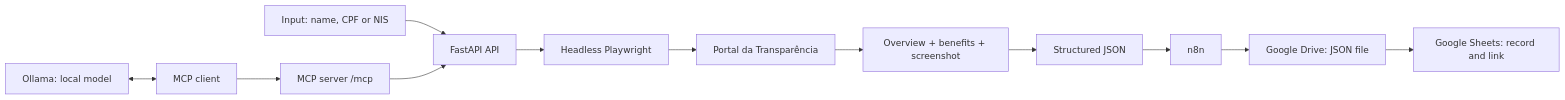
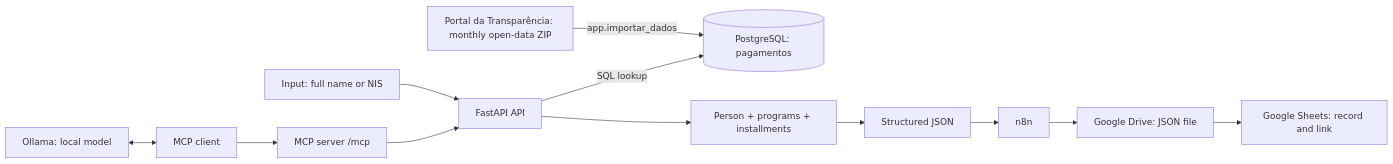
Before and after one commit to Aspael/rpa-portal-transparencia: the diagram in README.md, drawn with Mermaid. The commit also changed other lines of this file, not shown here.

First line of the commit message:
docs: README em inglês explica o Observa e os dados do Bolsa Família

````diff
--- a/README.md
+++ b/README.md
@@ -45,14 +76,14 @@
 ```mermaid
 flowchart LR
-    A[Input: name, CPF or NIS] --> B[FastAPI API]
+    P[Portal da Transparência: monthly open-data ZIP] -->|app.importar_dados| DB[(PostgreSQL: pagamentos)]
+    A[Input: full name or NIS] --> B[FastAPI API]
     O[Ollama: local model] <--> H[MCP client]
     H --> N[MCP server /mcp]
     N --> B
-    B --> C[Headless Playwright]
-    C --> D[Portal da Transparência]
-    D --> E[Overview + benefits + screenshot]
+    B -->|SQL lookup| DB
+    B --> E[Person + programs + installments]
     E --> F[Structured JSON]
     F --> G[n8n]
     G --> H2[Google Drive: JSON file]
     H2 --> I[Google Sheets: record and link]
 ```
````
